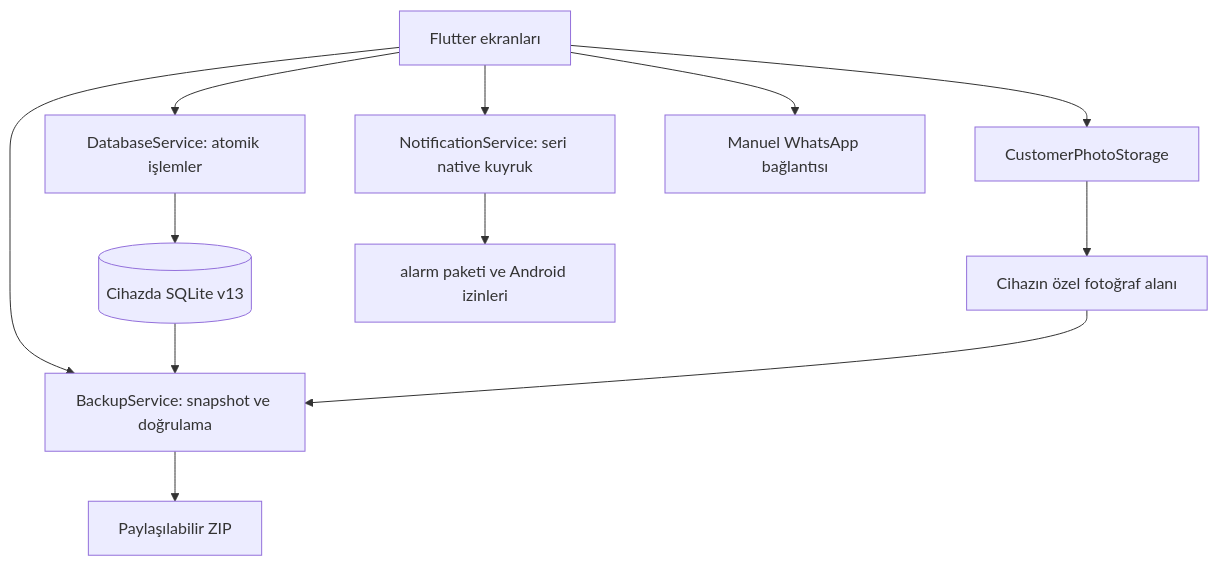
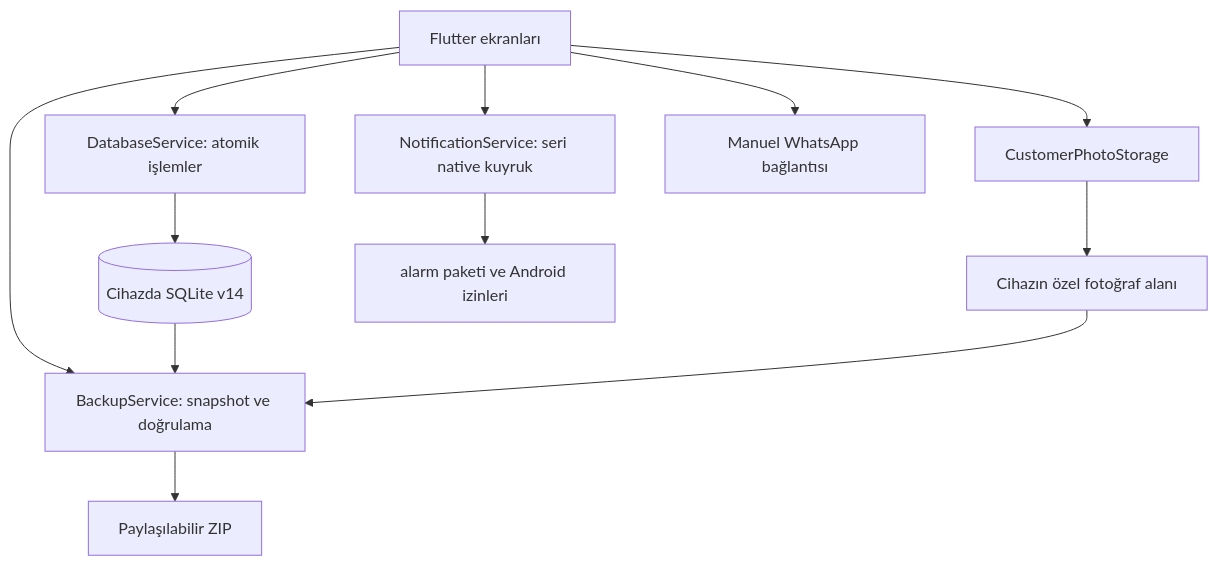
The diagram in docs/architecture.md (sevketsekerciler63/barberbook), drawn with Mermaid before and after one commit. The commit also changed other lines of this file and 19 other files, not shown here.

````diff
--- a/docs/architecture.md
+++ b/docs/architecture.md
@@ -3,14 +3,14 @@
 ```mermaid
 flowchart TD
   UI[Flutter ekranları] --> DB[DatabaseService: atomik işlemler]
-  DB --> SQL[(Cihazda SQLite v13)]
+  DB --> SQL[(Cihazda SQLite v14)]
   UI --> Photo[CustomerPhotoStorage]
   Photo --> Files[Cihazın özel fotoğraf alanı]
   UI --> Alarm[NotificationService: seri native kuyruk]
   Alarm --> Android[alarm paketi ve Android izinleri]
   UI --> Backup[BackupService: snapshot ve doğrulama]
   SQL --> Backup
   Files --> Backup
   Backup --> ZIP[Paylaşılabilir ZIP]
   UI --> WP[Manuel WhatsApp bağlantısı]
 ```
````
